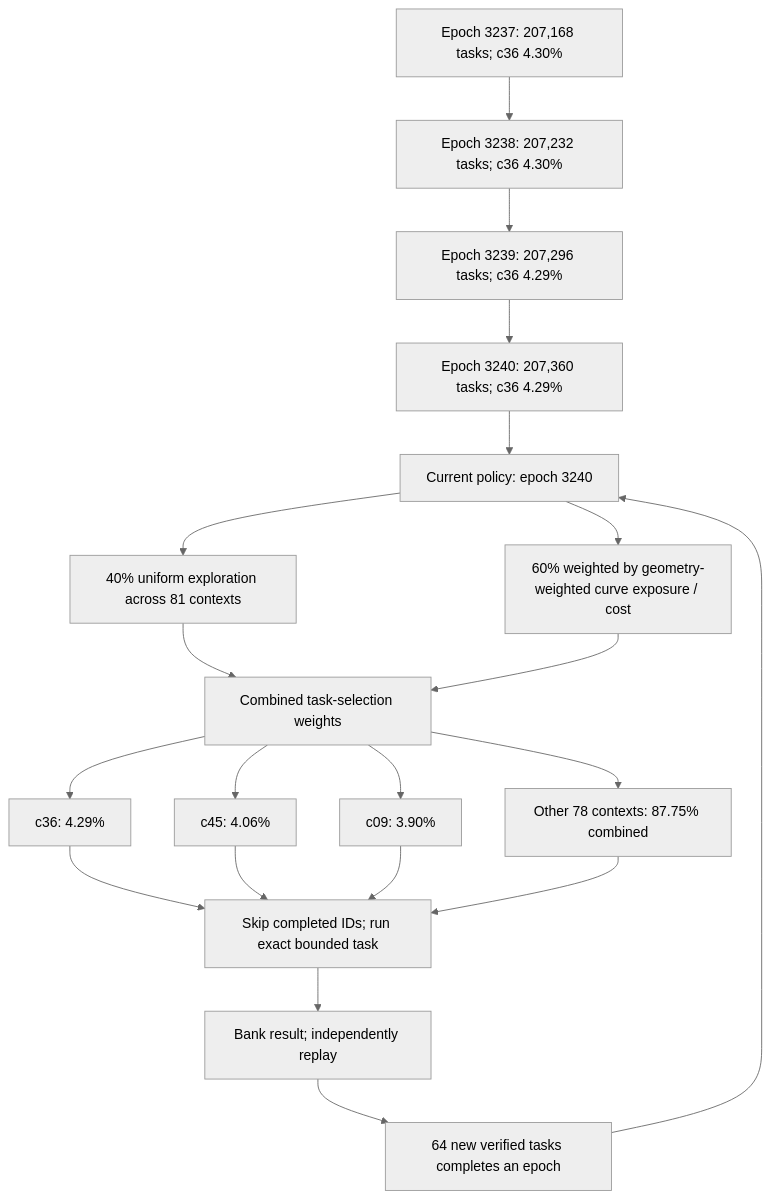
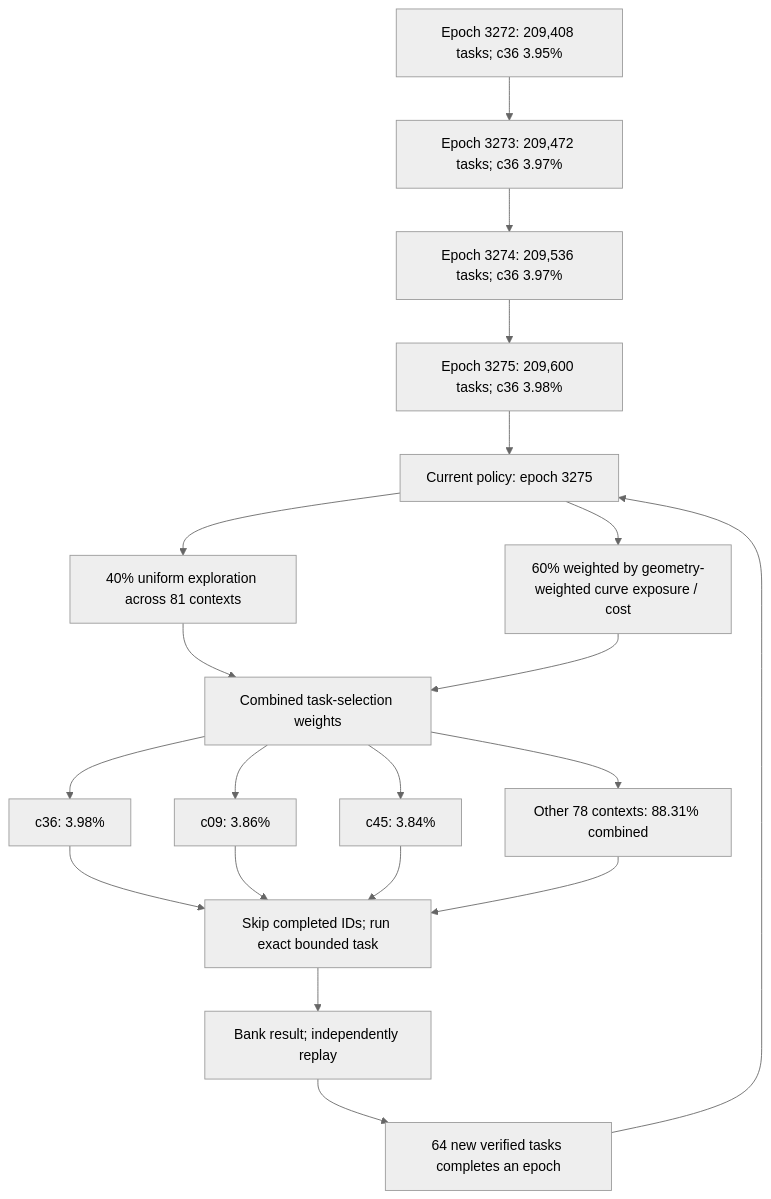
Before and after one commit to Kuberwastaken/math-gambling: the first of 3 diagrams in README.md, drawn with Mermaid (neutral theme). The commit also changed other lines of this file and 4460 other files, not shown here.

````diff
--- a/README.md
+++ b/README.md
@@ -60,27 +60,27 @@
 ```mermaid
 flowchart TD
-    H0["Epoch 3237: 207,168 tasks; c36 4.30%"]
-    H1["Epoch 3238: 207,232 tasks; c36 4.30%"]
+    H0["Epoch 3272: 209,408 tasks; c36 3.95%"]
+    H1["Epoch 3273: 209,472 tasks; c36 3.97%"]
     H0 --> H1
-    H2["Epoch 3239: 207,296 tasks; c36 4.29%"]
+    H2["Epoch 3274: 209,536 tasks; c36 3.97%"]
     H1 --> H2
-    H3["Epoch 3240: 207,360 tasks; c36 4.29%"]
+    H3["Epoch 3275: 209,600 tasks; c36 3.98%"]
     H2 --> H3
-    Policy["Current policy: epoch 3240"]
+    Policy["Current policy: epoch 3275"]
     H3 --> Policy
     Policy --> Explore["40% uniform exploration across 81 contexts"]
     Policy --> Cost["60% weighted by geometry-weighted curve exposure / cost"]
     Explore --> Mix["Combined task-selection weights"]
     Cost --> Mix
-    Mix --> C0["c36: 4.29%"]
-    Mix --> C1["c45: 4.06%"]
-    Mix --> C2["c09: 3.90%"]
-    Mix --> Rest["Other 78 contexts: 87.75% combined"]
+    Mix --> C0["c36: 3.98%"]
+    Mix --> C1["c09: 3.86%"]
+    Mix --> C2["c45: 3.84%"]
+    Mix --> Rest["Other 78 contexts: 88.31% combined"]
     C0 --> Check["Skip completed IDs; run exact bounded task"]
     C1 --> Check
     C2 --> Check
     Rest --> Check
     Check --> Replay["Bank result; independently replay"]
     Replay --> Gate["64 new verified tasks completes an epoch"]
     Gate --> Policy
 ```
````
